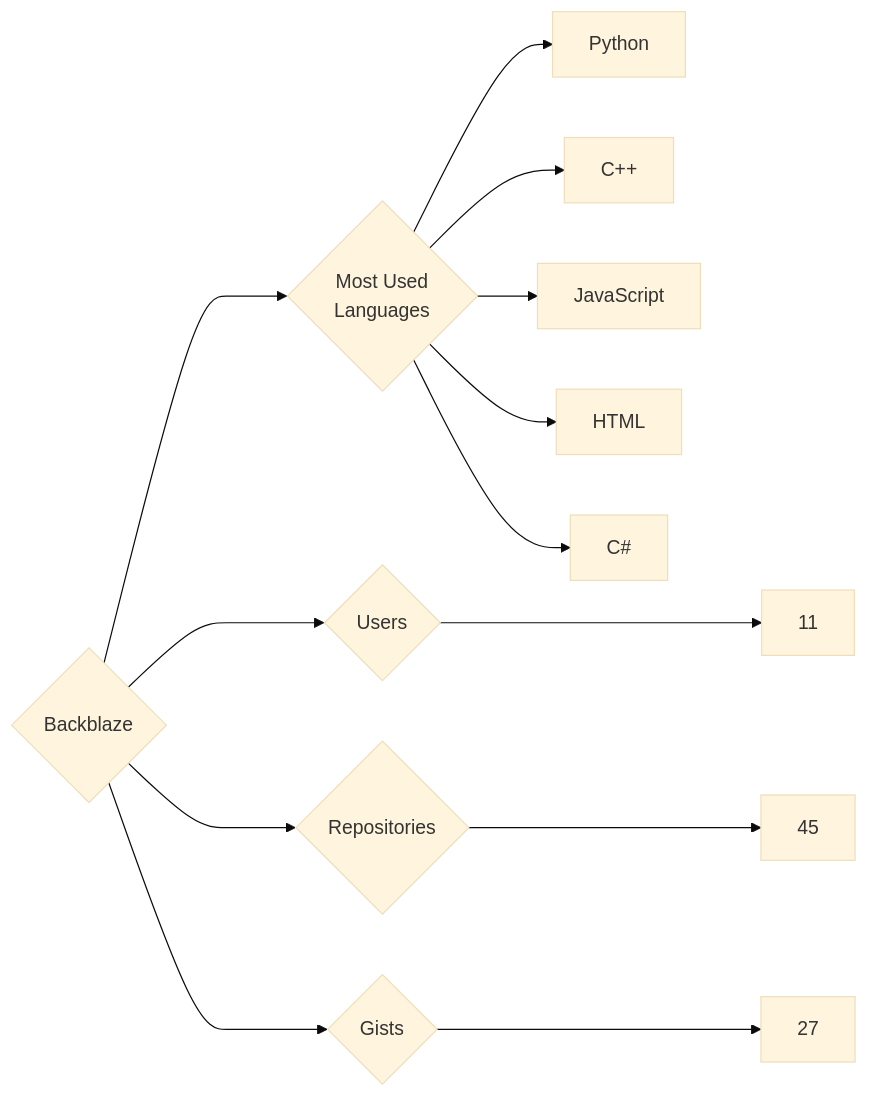
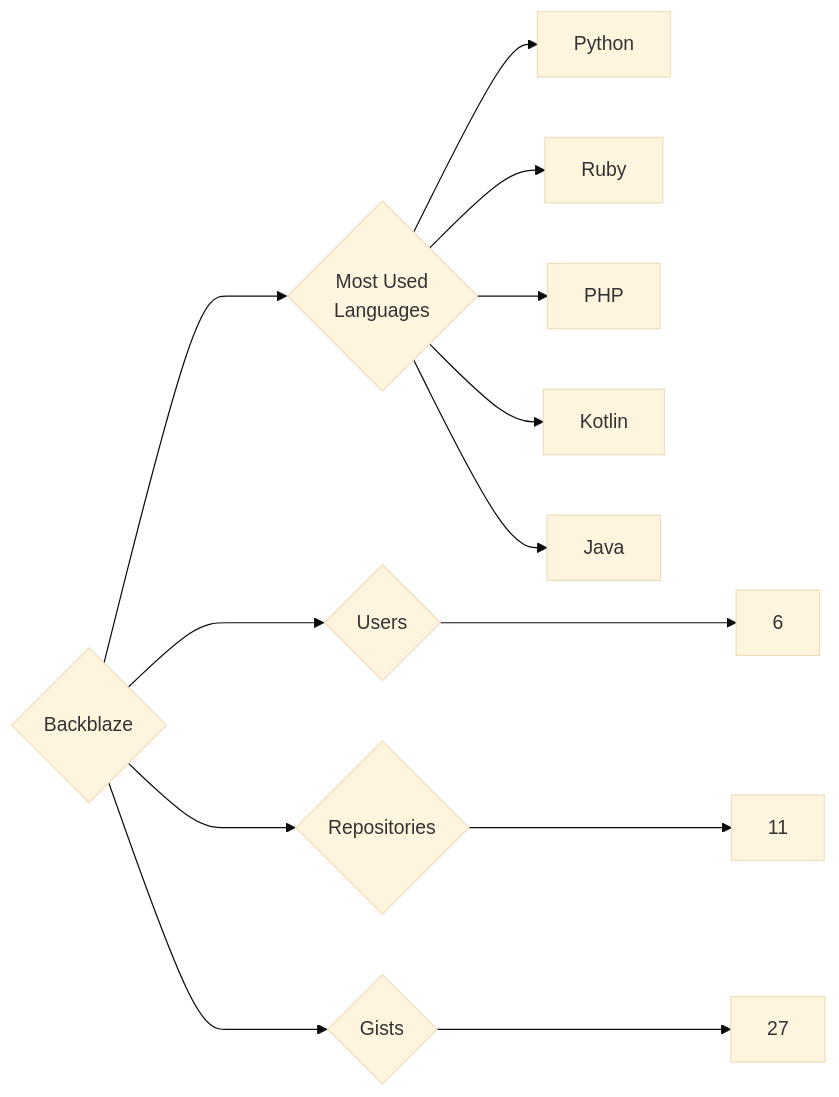
The diagram in targets/Backblaze/README.md (trickest/insiders), drawn with Mermaid (base theme) before and after one commit. The commit also changed 1141 other files, not shown here.

````diff
--- a/targets/Backblaze/README.md
+++ b/targets/Backblaze/README.md
@@ -3,13 +3,13 @@
 ```mermaid
 graph LR
 COMPANY_NAME{Backblaze}
-COMPANY_NAME ---> U{Users} ---> UN[11]
-COMPANY_NAME ---> R{Repositories} ---> RN[45]
+COMPANY_NAME ---> U{Users} ---> UN[6]
+COMPANY_NAME ---> R{Repositories} ---> RN[11]
 COMPANY_NAME ---> G{Gists} ---> GN[27]
 COMPANY_NAME ---> ML{Most Used<br>Languages}
 ML --> Python[Python]
-ML --> C++[C++]
-ML --> JavaScript[JavaScript]
-ML --> HTML[HTML]
-ML --> C#[C#]
+ML --> Ruby[Ruby]
+ML --> PHP[PHP]
+ML --> Kotlin[Kotlin]
+ML --> Java[Java]
 ```
````
